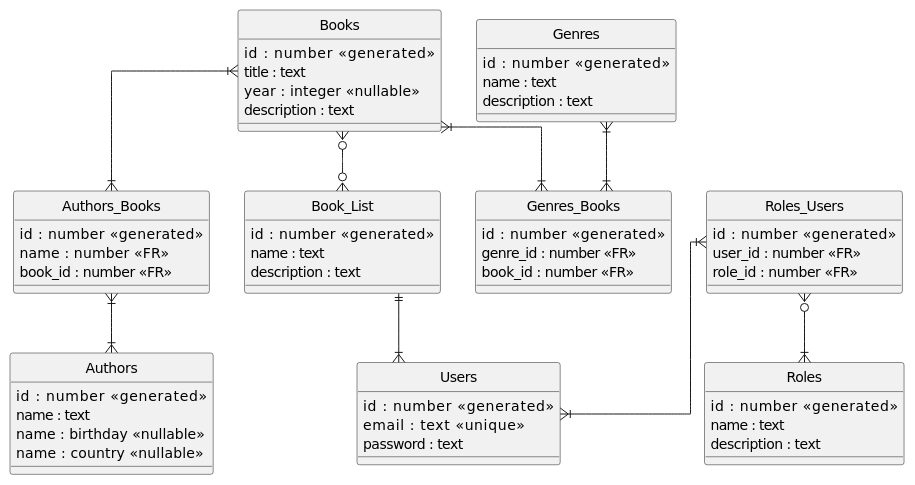
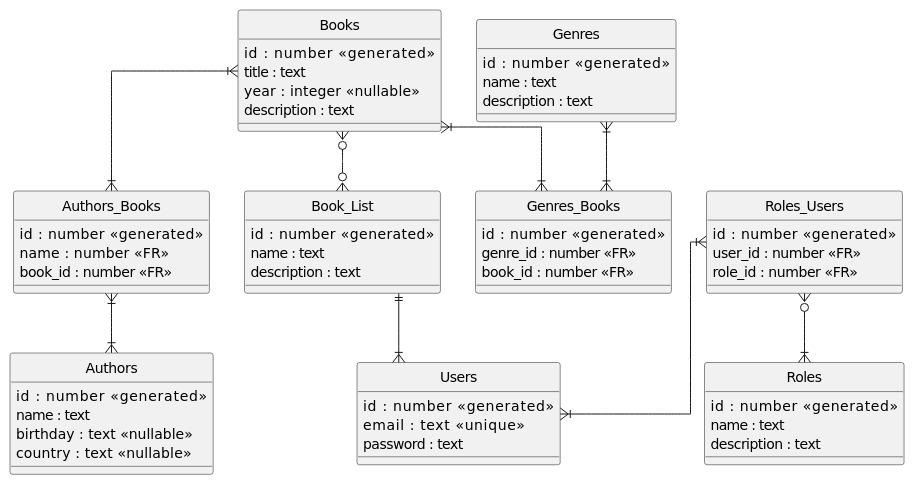
One commit to kizukkk/my-bookshelf-api changed the diagram in PlantUML/Entity-Relationship-Diagram.wsd. Above: the diagram before and after it, drawn with PlantUML.

```diff
--- a/PlantUML/Entity-Relationship-Diagram.wsd
+++ b/PlantUML/Entity-Relationship-Diagram.wsd
@@ -1,76 +1,76 @@
 @startuml entity-relationship
 
 hide circle
 
 skinparam linetype ortho
 
 entity "Books" as e01 {
   id : number         <<generated>>
   title : text
   year : integer      <<nullable>>
   description : text 
 }
 
 entity "Users" as e02 {
   id : number         <<generated>>
   email : text        <<unique>>
   password : text
 }
 
 entity "Authors" as e03 {
   id : number         <<generated>>
   name : text
-  name : birthday     <<nullable>>
-  name : country      <<nullable>>
+  birthday : text     <<nullable>>
+  country : text      <<nullable>>
 }
 
 entity "Roles" as e04 {
   id : number        <<generated>>
   name : text
   description : text
 }
 
 entity "Book_List" as e05 {
   id : number       <<generated>>
   name : text
   description : text
 }
 
 entity "Genres" as e06 {
   id : number        <<generated>>
   name : text
   description : text
 }
 
 entity "Roles_Users" as e07 {
   id : number       <<generated>>
   user_id : number  <<FR>>
   role_id : number  <<FR>>
 }
 
 entity "Genres_Books" as e08 {
   id : number       <<generated>>
   genre_id : number <<FR>>
   book_id : number  <<FR>>
 }
 
 entity "Authors_Books" as e09 {
   id : number       <<generated>>
   name : number     <<FR>>
   book_id : number  <<FR>>
 }
 
  e01 }|--|{ e09
  e09 }|--|{ e03
 
  e01 }|--|{ e08
  e06 }|--|{ e08
 
  e01 }o--o{ e05
  e05 ||--|{ e02
 
  e07 }|--|{ e02
  e07 }o--|{ e04
 
 
 @enduml
```
